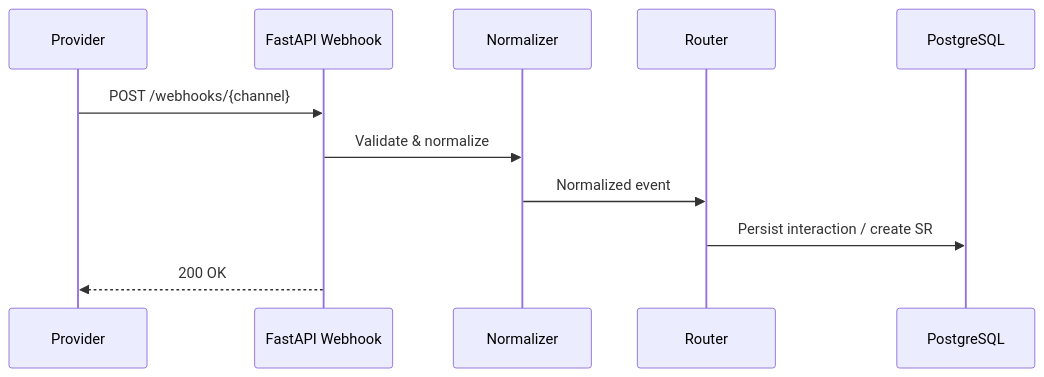
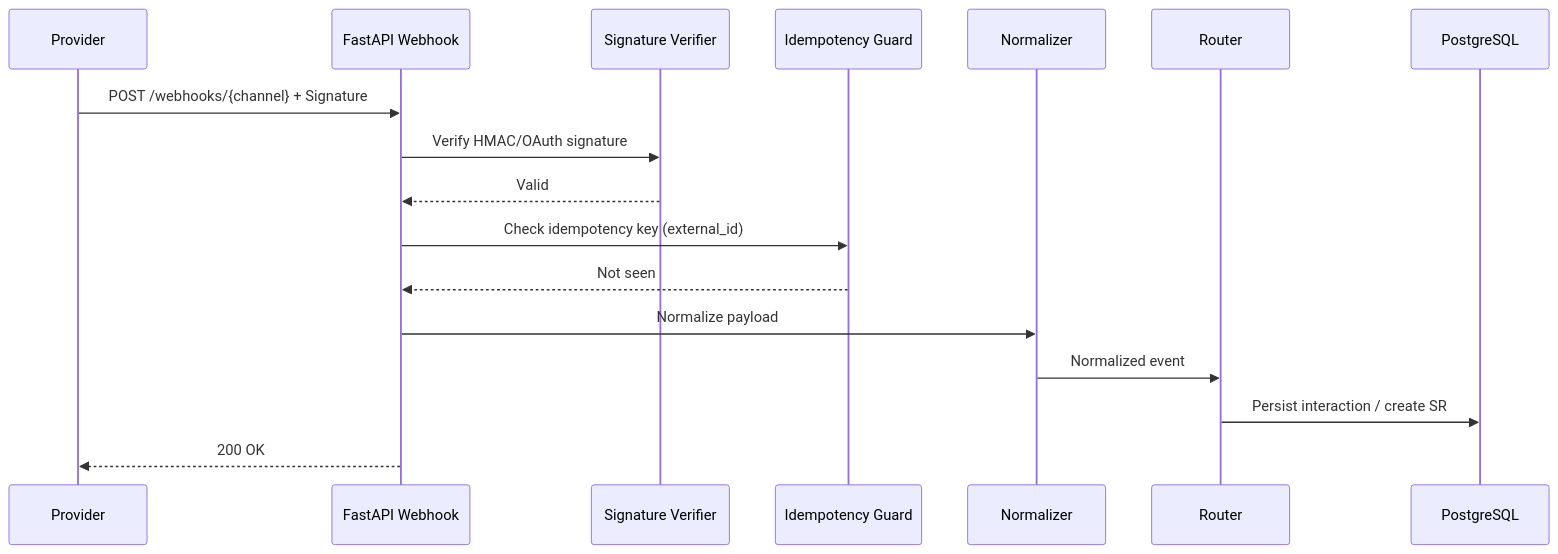
One commit to kavia-common/secure-crm-platform-40906-40915 changed the diagram in kavia-docs/modules/05-Omnichannel_Intake.md. Above: the diagram before and after it, drawn with Mermaid. The commit also changed other lines of this file and 39 other files, not shown here.

````diff
--- a/kavia-docs/modules/05-Omnichannel_Intake.md
+++ b/kavia-docs/modules/05-Omnichannel_Intake.md
@@ -28,13 +28,19 @@
 ```mermaid
 sequenceDiagram
     participant Prov as Provider
     participant API as FastAPI Webhook
+    participant Ver as Signature Verifier
+    participant Idem as Idempotency Guard
     participant N as Normalizer
     participant R as Router
     participant DB as PostgreSQL
-    Prov->>API: POST /webhooks/{channel}
-    API->>N: Validate & normalize
+    Prov->>API: POST /webhooks/{channel} + Signature
+    API->>Ver: Verify HMAC/OAuth signature
+    Ver-->>API: Valid
+    API->>Idem: Check idempotency key (external_id)
+    Idem-->>API: Not seen
+    API->>N: Normalize payload
     N->>R: Normalized event
     R->>DB: Persist interaction / create SR
     API-->>Prov: 200 OK
 ```
````
